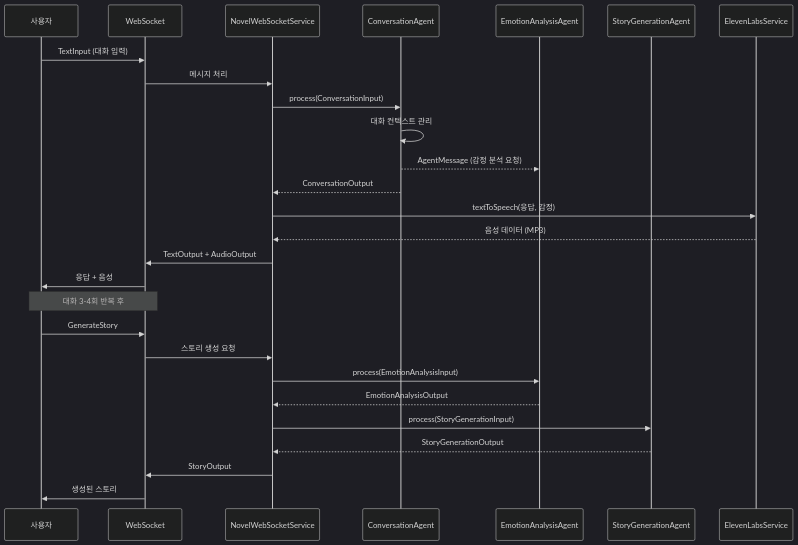
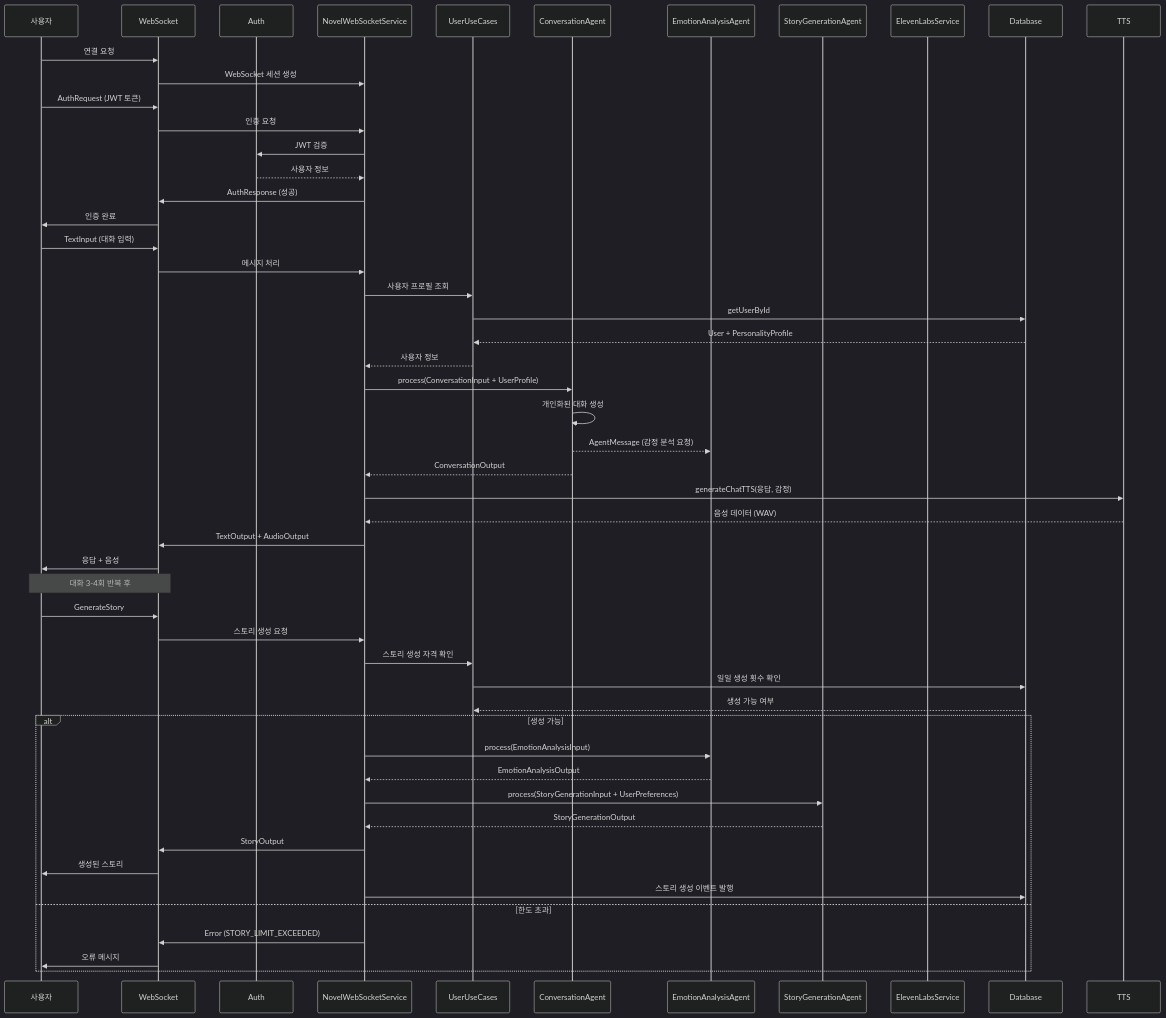
The fourth of 7 diagrams in novel-mvp-backend/README.md (jheun66/novel-mvp), drawn with Mermaid (dark theme) before and after one commit. The commit also changed other lines of this file and 12 other files, not shown here.

````diff
--- a/novel-mvp-backend/README.md
+++ b/novel-mvp-backend/README.md
@@ -261,32 +643,58 @@
 ```mermaid
 sequenceDiagram
     participant U as 사용자
     participant W as WebSocket
+    participant A as Auth
     participant N as NovelWebSocketService
+    participant UC as UserUseCases
     participant C as ConversationAgent
     participant E as EmotionAnalysisAgent
     participant S as StoryGenerationAgent
     participant EL as ElevenLabsService
+    participant DB as Database
+    
+    U->>W: 연결 요청
+    W->>N: WebSocket 세션 생성
+    U->>W: AuthRequest (JWT 토큰)
+    W->>N: 인증 요청
+    N->>A: JWT 검증
+    A-->>N: 사용자 정보
+    N->>W: AuthResponse (성공)
+    W->>U: 인증 완료
     
     U->>W: TextInput (대화 입력)
     W->>N: 메시지 처리
-    N->>C: process(ConversationInput)
-    C->>C: 대화 컨텍스트 관리
+    N->>UC: 사용자 프로필 조회
+    UC->>DB: getUserById
+    DB-->>UC: User + PersonalityProfile
+    UC-->>N: 사용자 정보
+    N->>C: process(ConversationInput + UserProfile)
+    C->>C: 개인화된 대화 생성
     C-->>E: AgentMessage (감정 분석 요청)
     C-->>N: ConversationOutput
-    N->>EL: textToSpeech(응답, 감정)
-    EL-->>N: 음성 데이터 (MP3)
+    N->>TTS: generateChatTTS(응답, 감정)
+    TTS-->>N: 음성 데이터 (WAV)
     N->>W: TextOutput + AudioOutput
     W->>U: 응답 + 음성
     
     Note over U,W: 대화 3-4회 반복 후
     
     U->>W: GenerateStory
     W->>N: 스토리 생성 요청
-    N->>E: process(EmotionAnalysisInput)
-    E-->>N: EmotionAnalysisOutput
-    N->>S: process(StoryGenerationInput)
-    S-->>N: StoryGenerationOutput
-    N->>W: StoryOutput
-    W->>U: 생성된 스토리
+    N->>UC: 스토리 생성 자격 확인
+    UC->>DB: 일일 생성 횟수 확인
+    DB-->>UC: 생성 가능 여부
+    
+    alt 생성 가능
+        N->>E: process(EmotionAnalysisInput)
+        E-->>N: EmotionAnalysisOutput
+        N->>S: process(StoryGenerationInput + UserPreferences)
+        S-->>N: StoryGenerationOutput
+        N->>W: StoryOutput
+        W->>U: 생성된 스토리
+        N->>DB: 스토리 생성 이벤트 발행
+    else 한도 초과
+        N->>W: Error (STORY_LIMIT_EXCEEDED)
+        W->>U: 오류 메시지
+    end
 ```
````
